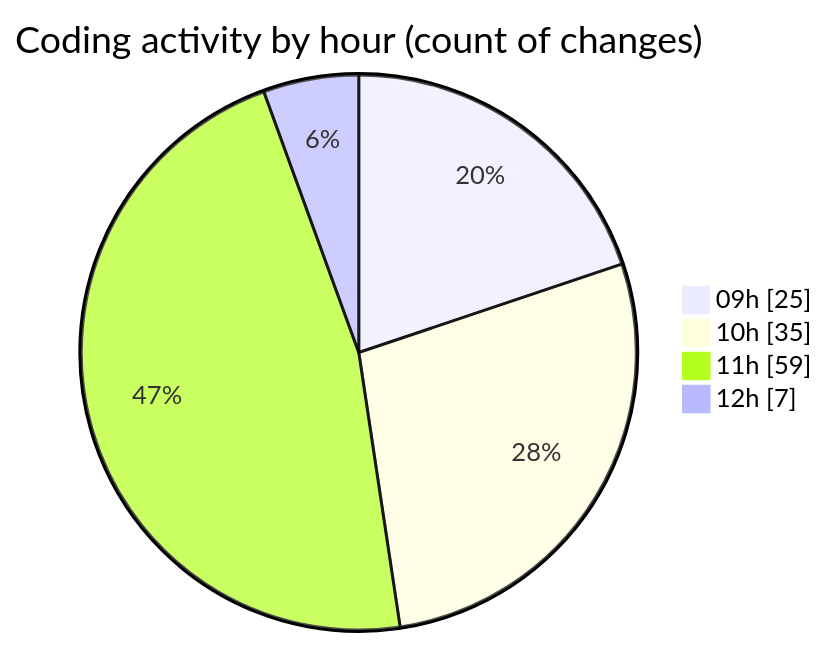
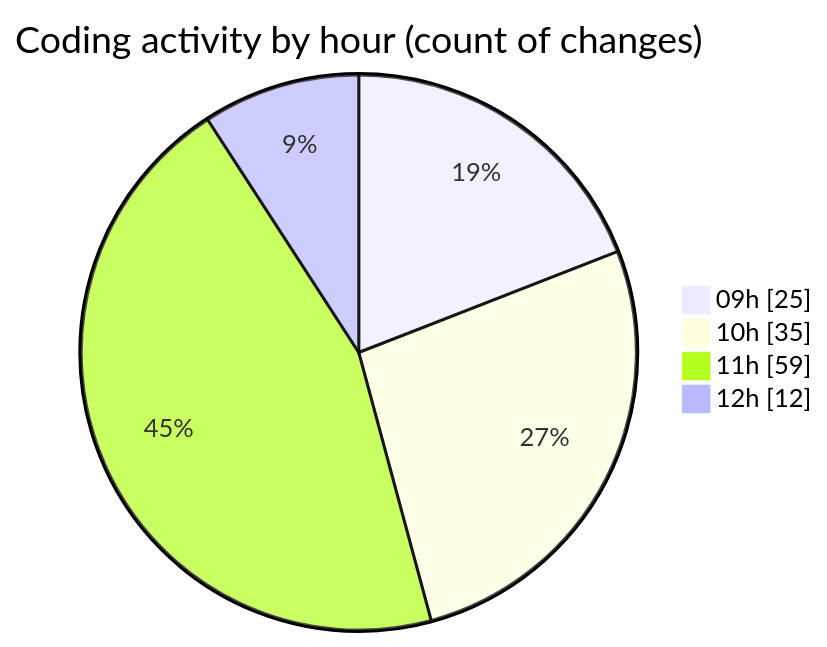
One commit to momahboobian/code-tracking changed the second of 2 diagrams in 2025-08-22/cda/README.md. Above: the diagram before and after it, drawn with Mermaid. The commit also changed other lines of this file and 1 other file, not shown here.

````diff
--- a/2025-08-22/cda/README.md
+++ b/2025-08-22/cda/README.md
@@ -48,8 +49,8 @@
 ```mermaid
 pie showData
 title Coding activity by hour (count of changes)
 "09h" : 25
 "10h" : 35
 "11h" : 59
-"12h" : 7
+"12h" : 12
 ```
````
